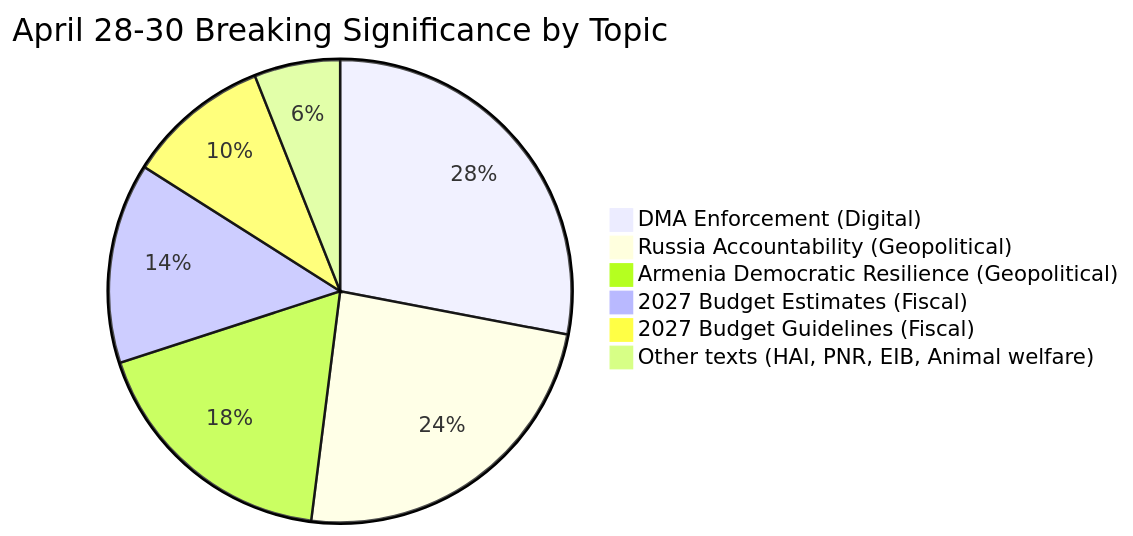
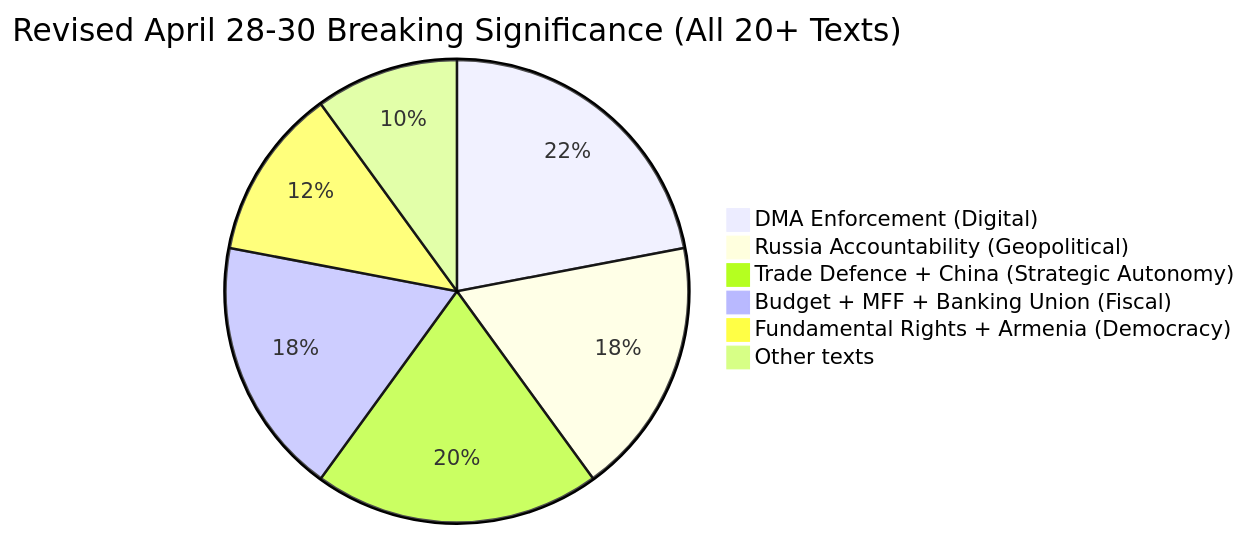
The diagram in analysis/daily/2026-05-05/breaking/intelligence/significance-scoring.md (Hack23/euparliamentmonitor), drawn with Mermaid before and after one commit. The commit also changed other lines of this file and 38 other files, not shown here.

First line of the commit message:
news(breaking): EP April 28-30 Strasbourg session — re-run with China cluster

````diff
--- a/analysis/daily/2026-05-05/breaking/intelligence/significance-scoring.md
+++ b/analysis/daily/2026-05-05/breaking/intelligence/significance-scoring.md
@@ -182,9 +199,9 @@
 ```mermaid
-pie title April 28-30 Breaking Significance by Topic
-    "DMA Enforcement (Digital)" : 28
-    "Russia Accountability (Geopolitical)" : 24
-    "Armenia Democratic Resilience (Geopolitical)" : 18
-    "2027 Budget Estimates (Fiscal)" : 14
-    "2027 Budget Guidelines (Fiscal)" : 10
-    "Other texts (HAI, PNR, EIB, Animal welfare)" : 6
+pie title Revised April 28-30 Breaking Significance (All 20+ Texts)
+    "DMA Enforcement (Digital)" : 22
+    "Russia Accountability (Geopolitical)" : 18
+    "Trade Defence + China (Strategic Autonomy)" : 20
+    "Budget + MFF + Banking Union (Fiscal)" : 18
+    "Fundamental Rights + Armenia (Democracy)" : 12
+    "Other texts" : 10
 ```
````
